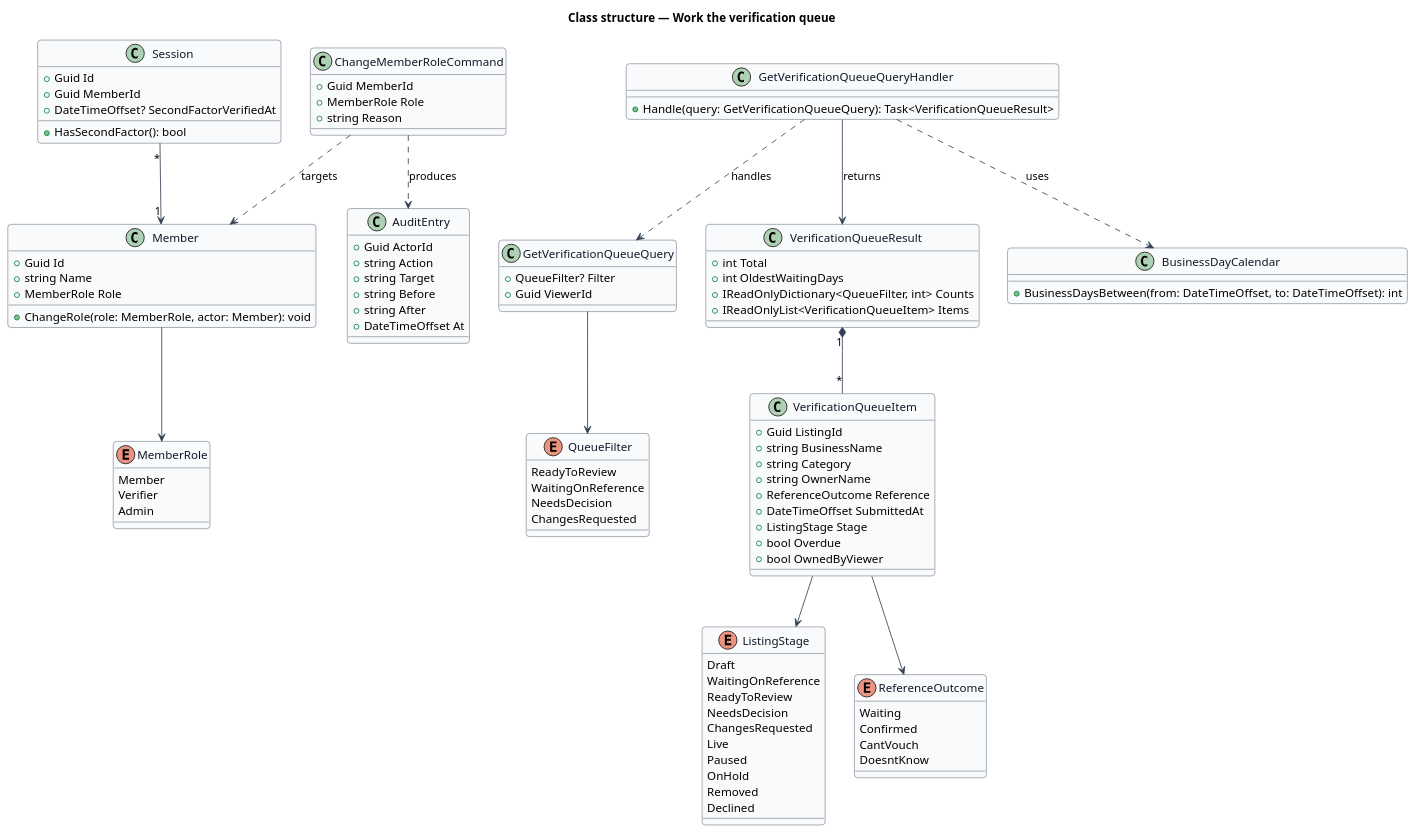
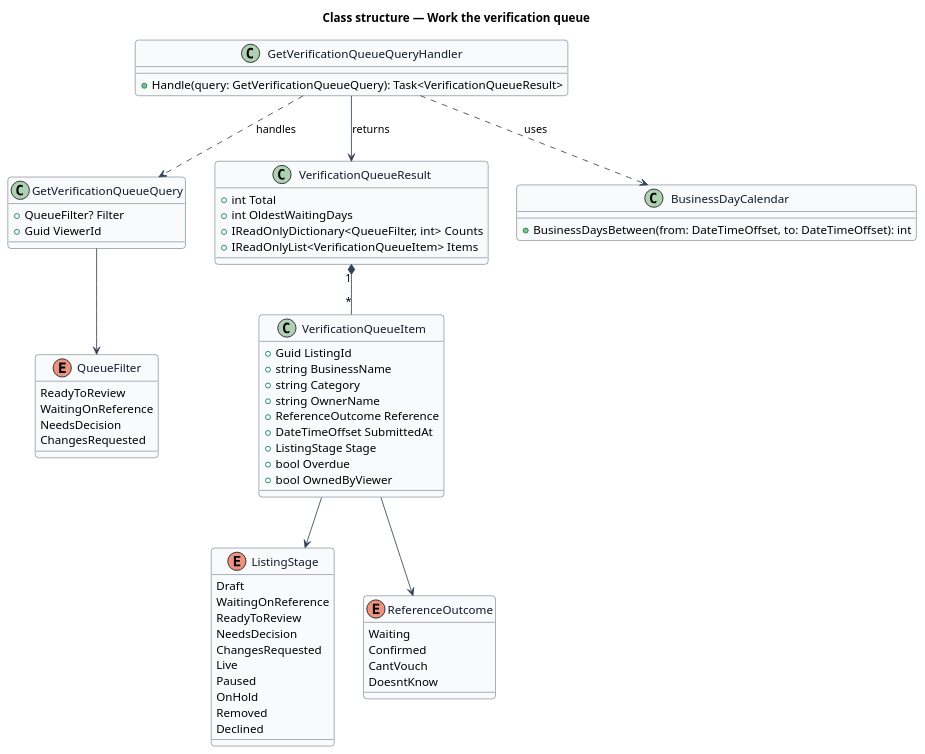
The diagram in docs/detailed-designs/verification/work-verification-queue/diagrams/class-structure.puml (QuinntyneBrown/jubilee), drawn with PlantUML before and after one commit. The commit also changed 84 other files, not shown here.

```diff
--- a/docs/detailed-designs/verification/work-verification-queue/diagrams/class-structure.puml
+++ b/docs/detailed-designs/verification/work-verification-queue/diagrams/class-structure.puml
@@ -1,106 +1,72 @@
 @startuml
 skinparam backgroundColor #FFFFFF
 skinparam shadowing false
 skinparam roundcorner 8
 skinparam defaultFontName Arial
 skinparam ArrowColor #344054
 skinparam class {
   BorderColor #344054
   FontColor #101828
   BackgroundColor #F9FAFB
 }
 title Class structure — Work the verification queue
-enum MemberRole {
-  Member
-  Verifier
-  Admin
-}
 enum ListingStage {
   Draft
   WaitingOnReference
   ReadyToReview
   NeedsDecision
   ChangesRequested
   Live
   Paused
   OnHold
   Removed
   Declined
 }
 enum QueueFilter {
   ReadyToReview
   WaitingOnReference
   NeedsDecision
   ChangesRequested
 }
 enum ReferenceOutcome {
   Waiting
   Confirmed
   CantVouch
   DoesntKnow
-}
-class Session {
-  +Guid Id
-  +Guid MemberId
-  +DateTimeOffset? SecondFactorVerifiedAt
-  +HasSecondFactor(): bool
-}
-class Member {
-  +Guid Id
-  +string Name
-  +MemberRole Role
-  +ChangeRole(role: MemberRole, actor: Member): void
 }
 class GetVerificationQueueQuery {
   +QueueFilter? Filter
   +Guid ViewerId
 }
 class GetVerificationQueueQueryHandler {
   +Handle(query: GetVerificationQueueQuery): Task<VerificationQueueResult>
 }
 class VerificationQueueResult {
   +int Total
   +int OldestWaitingDays
   +IReadOnlyDictionary<QueueFilter, int> Counts
   +IReadOnlyList<VerificationQueueItem> Items
 }
 class VerificationQueueItem {
   +Guid ListingId
   +string BusinessName
   +string Category
   +string OwnerName
   +ReferenceOutcome Reference
   +DateTimeOffset SubmittedAt
   +ListingStage Stage
   +bool Overdue
   +bool OwnedByViewer
 }
 class BusinessDayCalendar {
   +BusinessDaysBetween(from: DateTimeOffset, to: DateTimeOffset): int
 }
-class ChangeMemberRoleCommand {
-  +Guid MemberId
-  +MemberRole Role
-  +string Reason
-}
-class AuditEntry {
-  +Guid ActorId
-  +string Action
-  +string Target
-  +string Before
-  +string After
-  +DateTimeOffset At
-}
 
 GetVerificationQueueQueryHandler ..> GetVerificationQueueQuery : handles
 GetVerificationQueueQueryHandler --> VerificationQueueResult : returns
 GetVerificationQueueQueryHandler ..> BusinessDayCalendar : uses
 VerificationQueueResult "1" *-- "*" VerificationQueueItem
 VerificationQueueItem --> ListingStage
 VerificationQueueItem --> ReferenceOutcome
 GetVerificationQueueQuery --> QueueFilter
-Member --> MemberRole
-Session "*" --> "1" Member
-ChangeMemberRoleCommand ..> Member : targets
-ChangeMemberRoleCommand ..> AuditEntry : produces
 @enduml
```
